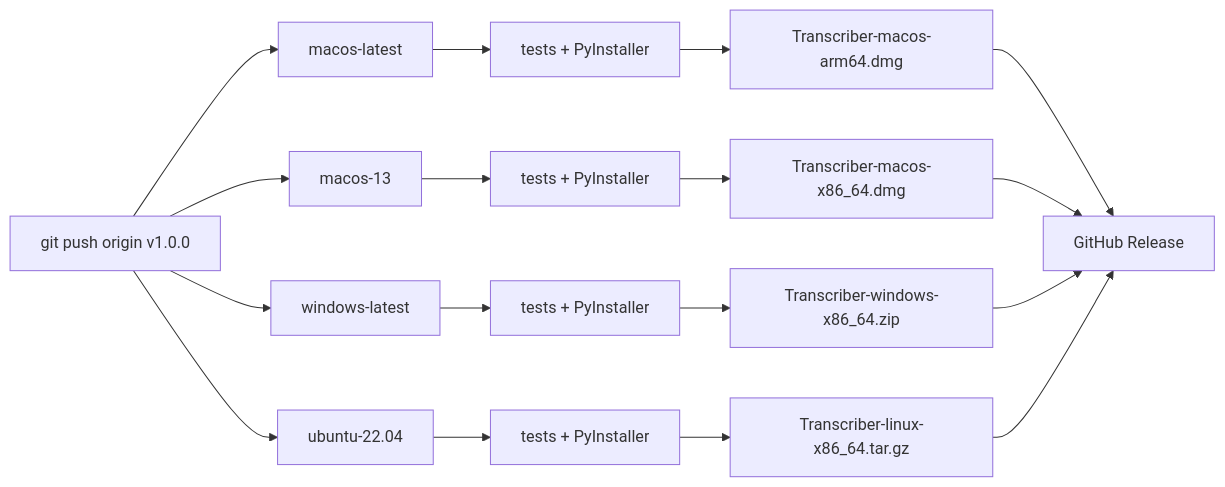
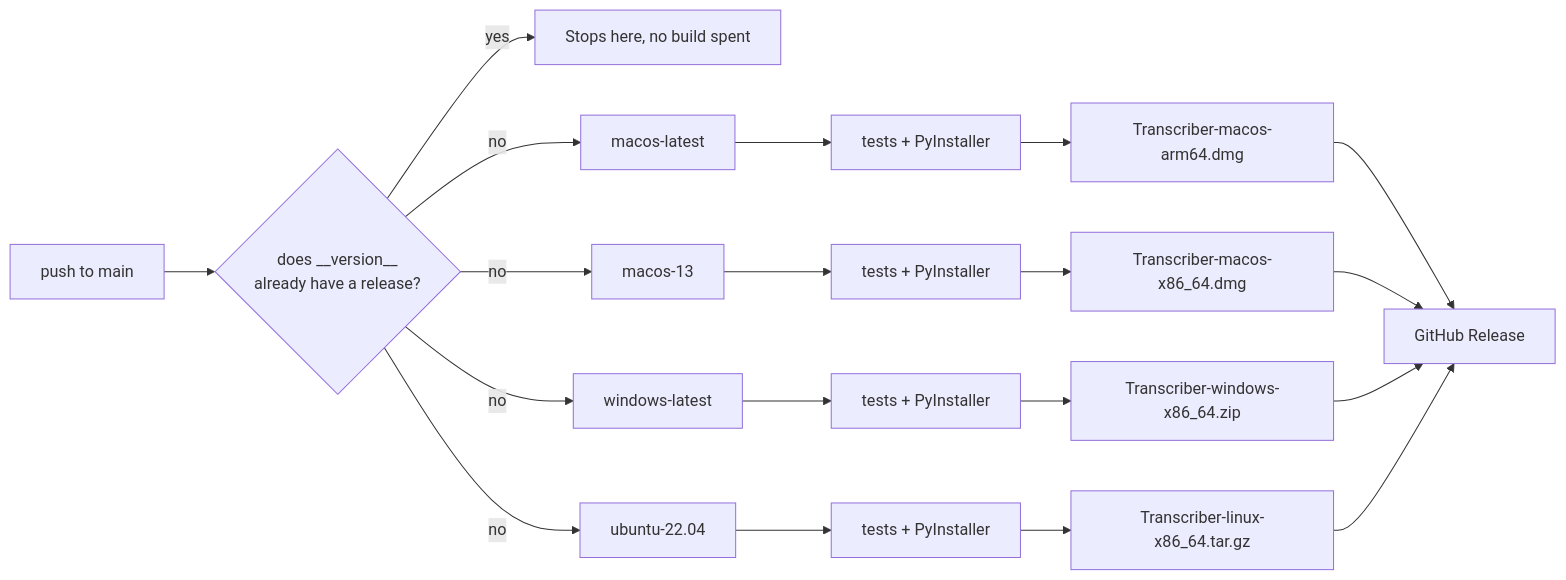
Before and after one commit to samuelrms/transcribe: the second of 2 diagrams in README.en.md, drawn with Mermaid. The commit also changed other lines of this file and 3 other files, not shown here.

First line of the commit message:
ci: publish releases from main, gated by the package version

````diff
--- a/README.en.md
+++ b/README.en.md
@@ -330,22 +347,27 @@
 ```mermaid
 flowchart LR
-    T["git push origin v1.0.0"] --> M1["macos-latest"]
-    T --> M2["macos-13"]
-    T --> W["windows-latest"]
-    T --> U["ubuntu-22.04"]
+    T["push to main"] --> V{"does __version__<br/>already have a release?"}
+    V -- yes --> S["Stops here, no build spent"]
+    V -- no --> M1["macos-latest"]
+    V -- no --> M2
+    V -- no --> W
+    V -- no --> U
+    M2["macos-13"]
+    W["windows-latest"]
+    U["ubuntu-22.04"]
 
     M1 --> P1["tests + PyInstaller"]
     M2 --> P2["tests + PyInstaller"]
     W --> P3["tests + PyInstaller"]
     U --> P4["tests + PyInstaller"]
 
     P1 --> A1["Transcriber-macos-arm64.dmg"]
     P2 --> A2["Transcriber-macos-x86_64.dmg"]
     P3 --> A3["Transcriber-windows-x86_64.zip"]
     P4 --> A4["Transcriber-linux-x86_64.tar.gz"]
 
     A1 --> R["GitHub Release"]
     A2 --> R
     A3 --> R
     A4 --> R
 ```
````
